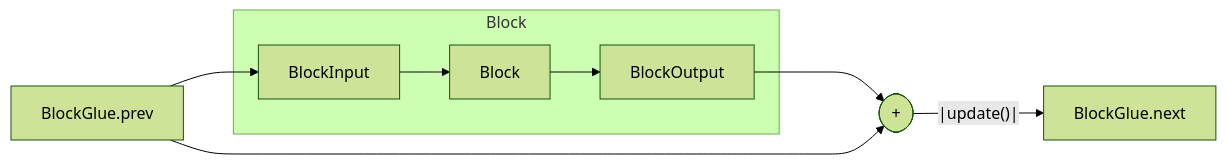
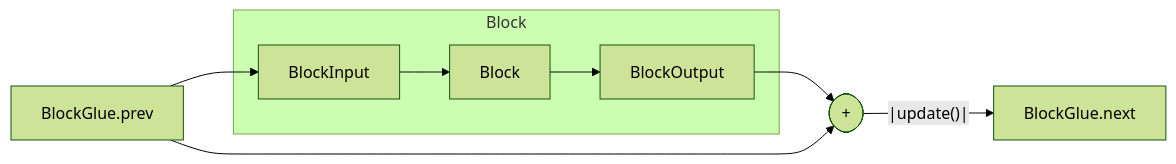
The third of 3 diagrams in README.md (gsy0911/kabutobashi), drawn with Mermaid (forest theme) before and after one commit. The commit also changed 1 other file, not shown here.

Commit message:
#184 update docs

````diff
--- a/README.md
+++ b/README.md
@@ -119,18 +119,18 @@
 ```mermaid
 graph LR
     glue1[BlockGlue.prev]
     glue2[BlockGlue.next]
     
     subgraph Block
         i[BlockInput]
         b[Block]
-        o[BlockOutput]
+        out[BlockOutput]
     end
-    p([+])
+    plus([+])
     glue1-->i
     i-->b
-    b-->o
-    o-->p
-    glue1-->p
-    p--|update()|-->glue2
+    b-->out
+    out-->plus
+    glue1-->plus
+    plus--|update()|-->glue2
 ```
````
